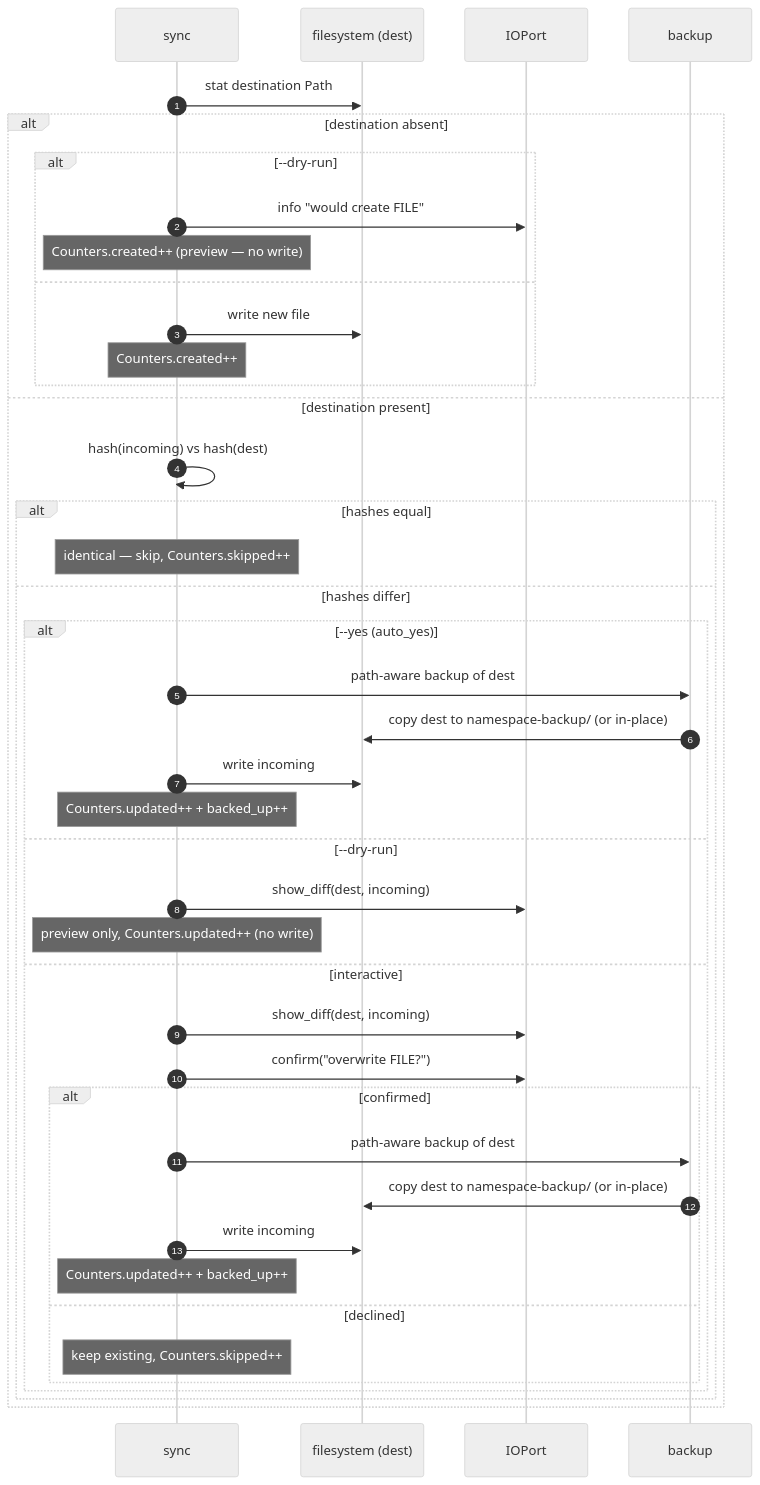
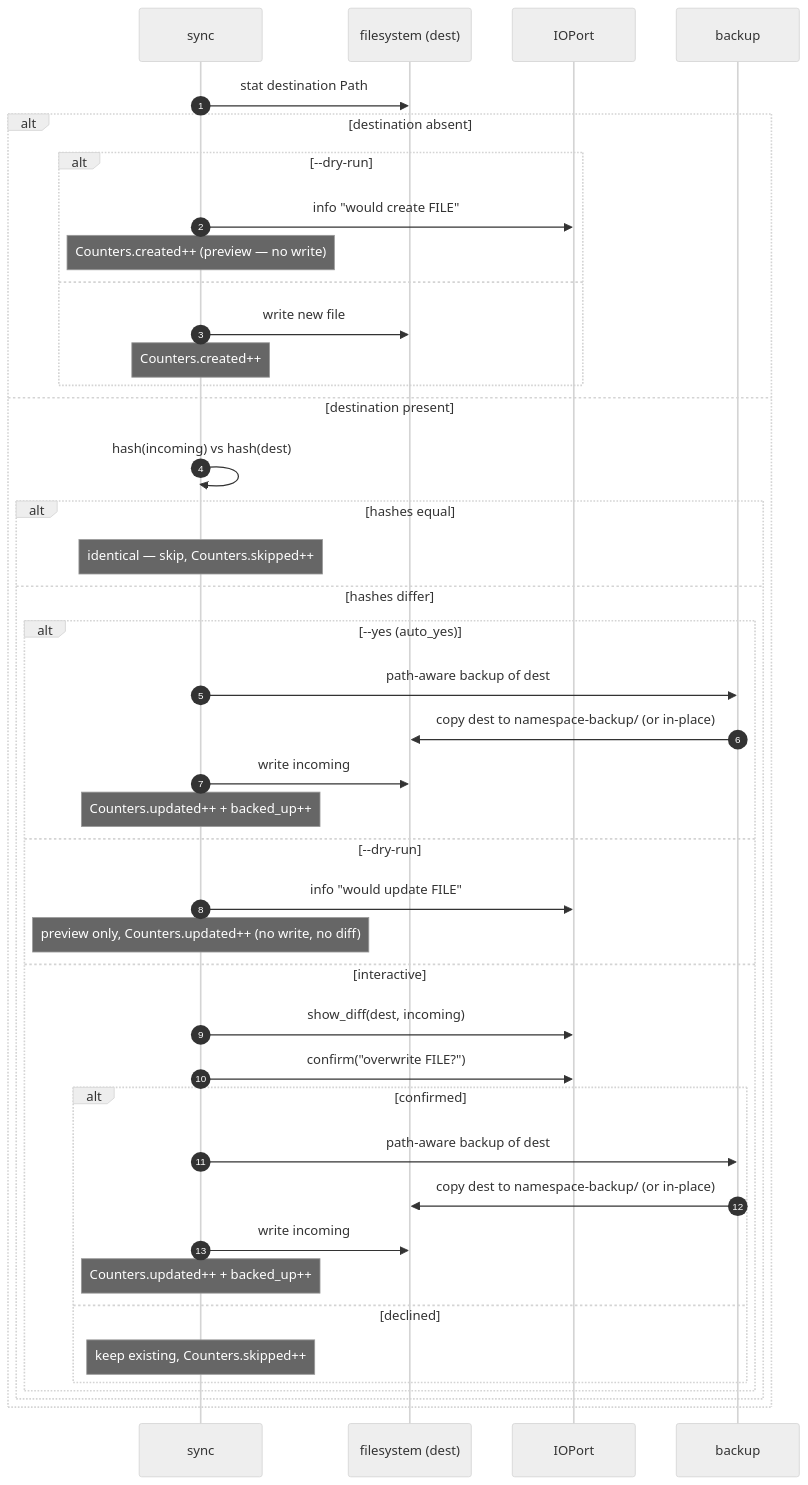
Before and after one commit to scotthamilton77/agents-config: the third of 4 diagrams in docs/architecture/installer/sequences.md, drawn with Mermaid (neutral theme). The commit also changed other lines of this file and 5 other files, not shown here.

````diff
--- a/docs/architecture/installer/sequences.md
+++ b/docs/architecture/installer/sequences.md
@@ -218,45 +218,45 @@
 ```mermaid
 sequenceDiagram
     autonumber
     participant Sync as sync
     participant FS as filesystem (dest)
     participant IO as IOPort
     participant Bak as backup
 
     Sync->>FS: stat destination Path
     alt destination absent
         alt --dry-run
             Sync->>IO: info "would create FILE"
             Note over Sync: Counters.created++ (preview — no write)
         else
             Sync->>FS: write new file
             Note over Sync: Counters.created++
         end
     else destination present
         Sync->>Sync: hash(incoming) vs hash(dest)
         alt hashes equal
             Note over Sync: identical — skip, Counters.skipped++
         else hashes differ
             alt --yes (auto_yes)
                 Sync->>Bak: path-aware backup of dest
                 Bak->>FS: copy dest to namespace-backup/ (or in-place)
                 Sync->>FS: write incoming
                 Note over Sync: Counters.updated++ + backed_up++
             else --dry-run
-                Sync->>IO: show_diff(dest, incoming)
-                Note over Sync: preview only, Counters.updated++ (no write)
+                Sync->>IO: info "would update FILE"
+                Note over Sync: preview only, Counters.updated++ (no write, no diff)
             else interactive
                 Sync->>IO: show_diff(dest, incoming)
                 Sync->>IO: confirm("overwrite FILE?")
                 alt confirmed
                     Sync->>Bak: path-aware backup of dest
                     Bak->>FS: copy dest to namespace-backup/ (or in-place)
                     Sync->>FS: write incoming
                     Note over Sync: Counters.updated++ + backed_up++
                 else declined
                     Note over Sync: keep existing, Counters.skipped++
                 end
             end
         end
     end
 ```
````
